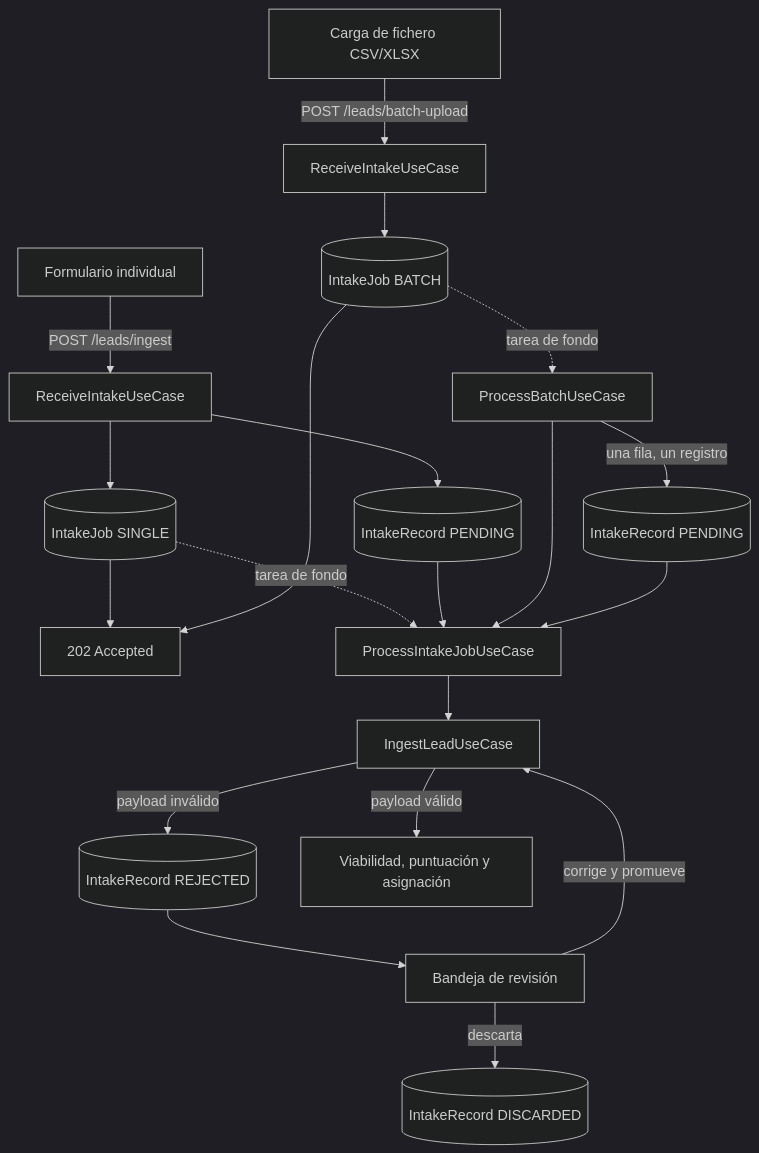
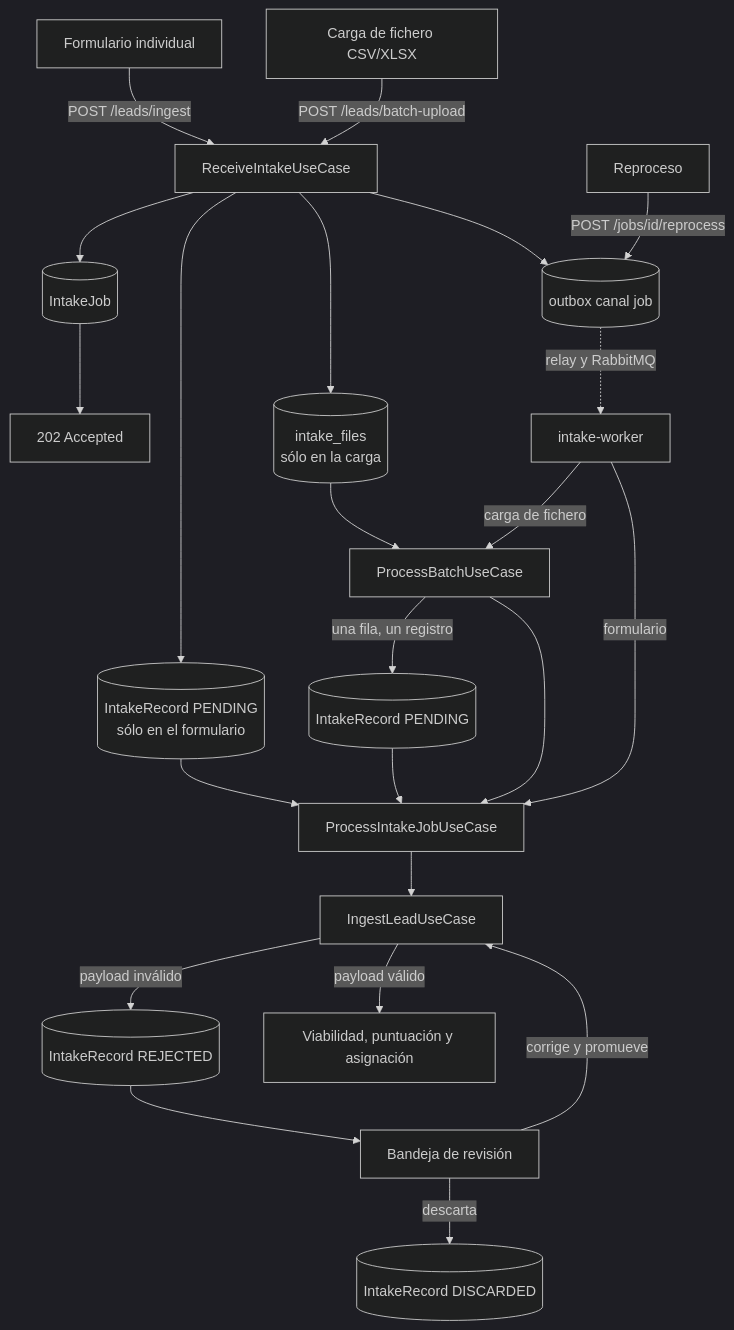
Before and after one commit to MDCIrony/leads-hexa: the first of 2 diagrams in docs/content/modulos/ingesta.md, drawn with Mermaid (dark theme). The commit also changed other lines of this file and 18 other files, not shown here.

Commit message:
docs(events): document per-channel outbox, internal topics and backend-worker

````diff
--- a/docs/content/modulos/ingesta.md
+++ b/docs/content/modulos/ingesta.md
@@ -20,28 +26,30 @@
 ```mermaid
 flowchart TD
     A[Formulario individual] -->|POST /leads/ingest| R[ReceiveIntakeUseCase]
-    B[Carga de fichero CSV/XLSX] -->|POST /leads/batch-upload| R2[ReceiveIntakeUseCase]
+    B[Carga de fichero CSV/XLSX] -->|POST /leads/batch-upload| R
+    RP[Reproceso] -->|POST /jobs/id/reprocess| OB
 
-    R --> J1[(IntakeJob SINGLE)]
-    R --> REC1[(IntakeRecord PENDING)]
-    R2 --> J2[(IntakeJob BATCH)]
+    R --> J1[(IntakeJob)]
+    R --> REC1[(IntakeRecord PENDING<br/>sólo en el formulario)]
+    R --> FI[(intake_files<br/>sólo en la carga)]
+    R --> OB[(outbox canal job)]
 
     J1 --> RESP[202 Accepted]
-    J2 --> RESP
+    OB -. relay y RabbitMQ .-> W[intake-worker]
 
-    J1 -. tarea de fondo .-> PJ[ProcessIntakeJobUseCase]
+    W -->|carga de fichero| PBU[ProcessBatchUseCase]
+    FI --> PBU
+    PBU -->|una fila, un registro| REC2[(IntakeRecord PENDING)]
+    PBU --> PJ[ProcessIntakeJobUseCase]
+    W -->|formulario| PJ
     REC1 --> PJ
-
-    J2 -. tarea de fondo .-> PBU[ProcessBatchUseCase]
-    PBU -->|una fila, un registro| REC2[(IntakeRecord PENDING)]
-    PBU --> PJ
     REC2 --> PJ
 
     PJ --> IL[IngestLeadUseCase]
     IL -->|payload inválido| REJ[(IntakeRecord REJECTED)]
     IL -->|payload válido| LEAD[Viabilidad, puntuación y asignación]
 
     REJ --> INBOX[Bandeja de revisión]
     INBOX -->|corrige y promueve| IL
     INBOX -->|descarta| DESC[(IntakeRecord DISCARDED)]
 ```
````
